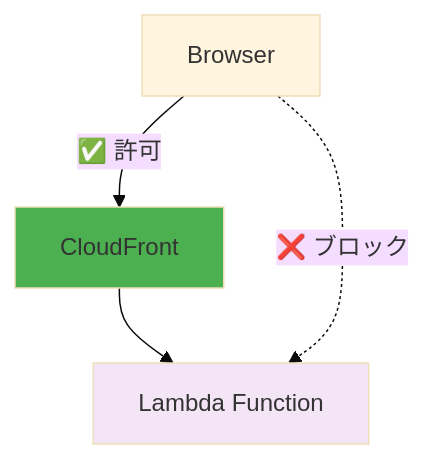
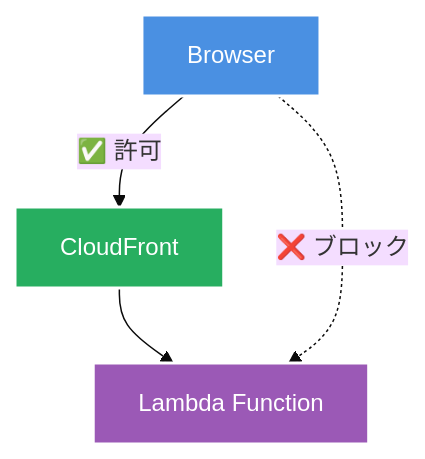
Before and after one commit to snickerjp/copilot-metrics-viewer-lambda-urls: the third of 4 diagrams in README.ja.md, drawn with Mermaid (base theme). The commit also changed other lines of this file and 1 other file, not shown here.

````diff
--- a/README.ja.md
+++ b/README.ja.md
@@ -518,9 +519,10 @@
 ```mermaid
 graph TB
     A[Browser] -->|✅ 許可| B[CloudFront]
     B --> C[Lambda Function]
     A -.->|❌ ブロック| C
     
-    style B fill:#4caf50
-    style C fill:#f3e5f5
+    style A fill:#4a90e2,stroke:#fff,stroke-width:2px,color:#fff
+    style B fill:#27ae60,stroke:#fff,stroke-width:2px,color:#fff
+    style C fill:#9b59b6,stroke:#fff,stroke-width:2px,color:#fff
 ```
````
